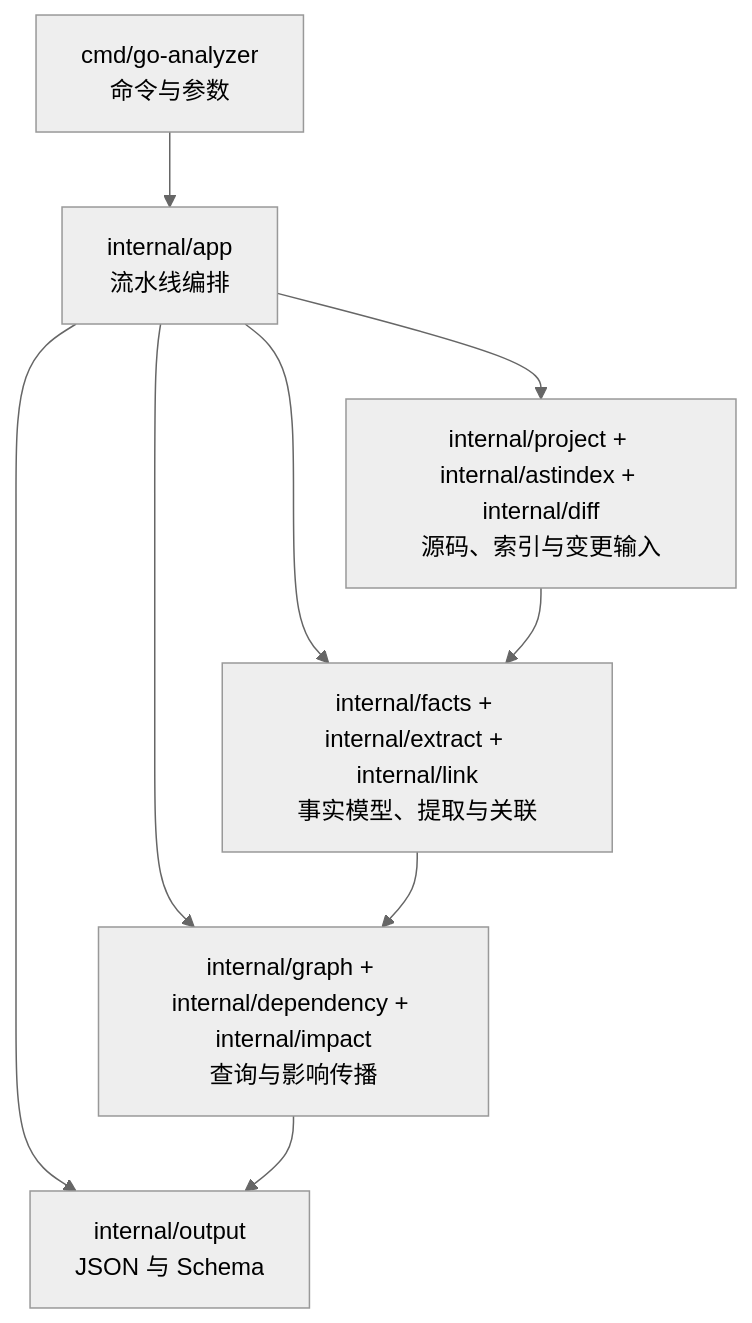
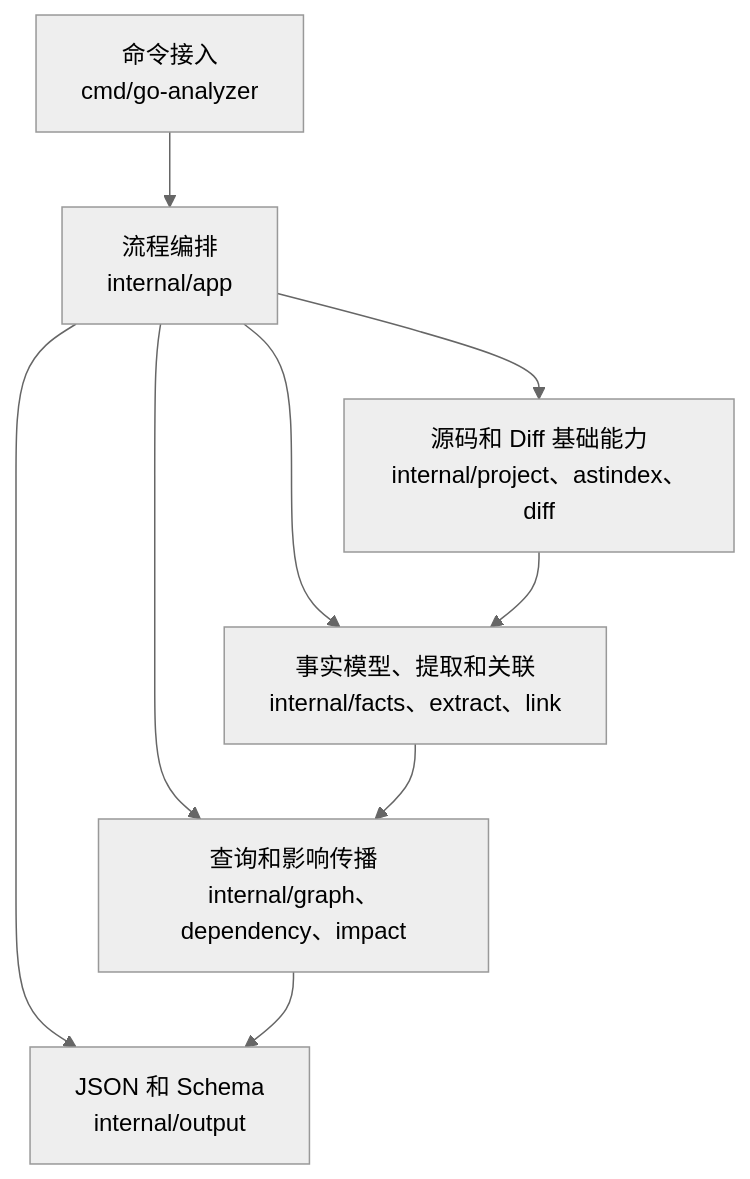
One commit to Flying-Bird1999/go-analyzer changed diagram 15 of 15 in TECH-DESIGN-impact-analysis.md. Above: the diagram before and after it, drawn with Mermaid (neutral theme). The commit also changed other lines of this file, not shown here.

````diff
--- a/TECH-DESIGN-impact-analysis.md
+++ b/TECH-DESIGN-impact-analysis.md
@@ -845,18 +1029,16 @@
 ```mermaid
 flowchart TB
-    CLI["cmd/go-analyzer<br/>命令与参数"]
-    APP["internal/app<br/>流水线编排"]
-    BASE["internal/project + internal/astindex + internal/diff<br/>源码、索引与变更输入"]
-    FACT["internal/facts + internal/extract + internal/link<br/>事实模型、提取与关联"]
-    QUERY["internal/graph + internal/dependency + internal/impact<br/>查询与影响传播"]
-    OUT["internal/output<br/>JSON 与 Schema"]
+    CLI["命令接入<br/>cmd/go-analyzer"]
+    APP["流程编排<br/>internal/app"]
+    BASE["源码和 Diff 基础能力<br/>internal/project、astindex、diff"]
+    FACT["事实模型、提取和关联<br/>internal/facts、extract、link"]
+    QUERY["查询和影响传播<br/>internal/graph、dependency、impact"]
+    OUT["JSON 和 Schema<br/>internal/output"]
 
     CLI --> APP
     APP --> BASE
     APP --> FACT
     APP --> QUERY
     APP --> OUT
-    BASE --> FACT
-    FACT --> QUERY
-    QUERY --> OUT
+    BASE --> FACT --> QUERY --> OUT
 ```
````
